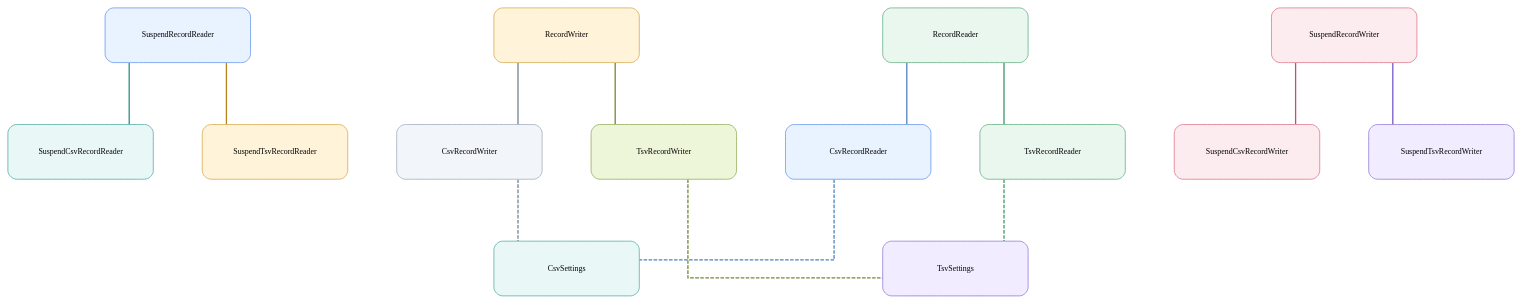
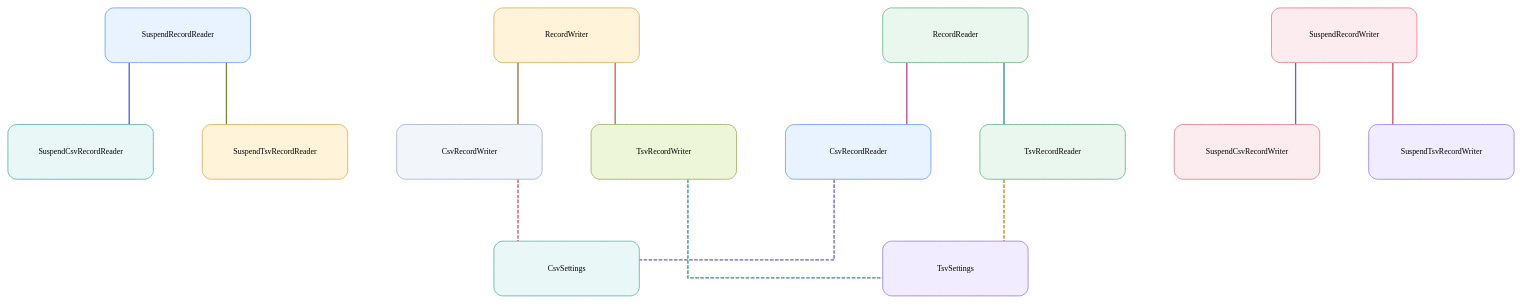
The diagram in docs/images/readme-diagrams/io-csv-diagram-01.dot (bluetape4k/bluetape4k-projects), drawn with Graphviz before and after one commit. The commit also changed 600 other files, not shown here.

First line of the commit message:
Stabilize README diagram regeneration quality

```diff
--- a/docs/images/readme-diagrams/io-csv-diagram-01.dot
+++ b/docs/images/readme-diagrams/io-csv-diagram-01.dot
@@ -1,32 +1,31 @@
 digraph G {
   graph [rankdir=TB, splines=ortho, nodesep=0.95, ranksep=1.2, outputorder=edgesfirst, pack=false, sep="+0.9,0.9"];
   node [shape=box, style="rounded,filled", fontname="Comic Mono", fontsize=11, margin="0.16,0.10", width=2.8, height=1.05];
   edge [fontname="Comic Mono", fontsize=10, arrowsize=0.75, penwidth=1.8];
   SuspendRecordReader [label="SuspendRecordReader", fillcolor="#E8F3FF", color="#5B8DEF"];
   RecordReader [label="RecordReader", fillcolor="#EAF7EF", color="#58A978"];
   CsvSettings [label="CsvSettings", fillcolor="#E9F7F6", color="#45A7A1"];
   RecordWriter [label="RecordWriter", fillcolor="#FFF3D9", color="#D6A441"];
   SuspendRecordWriter [label="SuspendRecordWriter", fillcolor="#FDECEF", color="#DC6B82"];
   TsvSettings [label="TsvSettings", fillcolor="#F1ECFF", color="#8A72D6"];
   TsvRecordWriter [label="TsvRecordWriter", fillcolor="#EEF6D9", color="#8BA84D"];
   CsvRecordWriter [label="CsvRecordWriter", fillcolor="#F2F5F9", color="#9AA8B8"];
   CsvRecordReader [label="CsvRecordReader", fillcolor="#E8F3FF", color="#5B8DEF"];
   TsvRecordReader [label="TsvRecordReader", fillcolor="#EAF7EF", color="#58A978"];
   SuspendCsvRecordReader [label="SuspendCsvRecordReader", fillcolor="#E9F7F6", color="#45A7A1"];
   SuspendTsvRecordReader [label="SuspendTsvRecordReader", fillcolor="#FFF3D9", color="#D6A441"];
   SuspendCsvRecordWriter [label="SuspendCsvRecordWriter", fillcolor="#FDECEF", color="#DC6B82"];
   SuspendTsvRecordWriter [label="SuspendTsvRecordWriter", fillcolor="#F1ECFF", color="#8A72D6"];
-  { rank=source; SuspendRecordReader; RecordReader; RecordWriter; SuspendRecordWriter; }
-  TsvRecordWriter -> TsvSettings [color="#718A35", fontcolor="#718A35", style="dashed", arrowhead="none", weight=2];
-  TsvRecordReader -> TsvSettings [color="#3E9868", fontcolor="#3E9868", style="dashed", arrowhead="none", weight=2];
-  CsvRecordWriter -> CsvSettings [color="#758297", fontcolor="#758297", style="dashed", arrowhead="none", weight=2];
-  CsvRecordReader -> CsvSettings [color="#4F83BF", fontcolor="#4F83BF", style="dashed", arrowhead="none", weight=2];
-  SuspendRecordWriter -> SuspendTsvRecordWriter [color="#755BC6", fontcolor="#755BC6", style="solid", arrowhead="none", weight=10];
-  SuspendRecordWriter -> SuspendCsvRecordWriter [color="#C94D68", fontcolor="#C94D68", style="solid", arrowhead="none", weight=10];
-  SuspendRecordReader -> SuspendTsvRecordReader [color="#B9851B", fontcolor="#B9851B", style="solid", arrowhead="none", weight=10];
-  SuspendRecordReader -> SuspendCsvRecordReader [color="#2E8F89", fontcolor="#2E8F89", style="solid", arrowhead="none", weight=10];
-  RecordWriter -> TsvRecordWriter [color="#718A35", fontcolor="#718A35", style="solid", arrowhead="none", weight=10];
-  RecordWriter -> CsvRecordWriter [color="#758297", fontcolor="#758297", style="solid", arrowhead="none", weight=10];
-  RecordReader -> TsvRecordReader [color="#3E9868", fontcolor="#3E9868", style="solid", arrowhead="none", weight=10];
-  RecordReader -> CsvRecordReader [color="#4F83BF", fontcolor="#4F83BF", style="solid", arrowhead="none", weight=10];
+  TsvRecordWriter -> TsvSettings [color="#2E8F89", fontcolor="#2E8F89", style="dashed", arrowhead="none", weight=2];
+  TsvRecordReader -> TsvSettings [color="#B9851B", fontcolor="#B9851B", style="dashed", arrowhead="none", weight=2];
+  CsvRecordWriter -> CsvSettings [color="#C94D68", fontcolor="#C94D68", style="dashed", arrowhead="none", weight=2];
+  CsvRecordReader -> CsvSettings [color="#755BC6", fontcolor="#755BC6", style="dashed", arrowhead="none", weight=2];
+  SuspendRecordWriter -> SuspendTsvRecordWriter [color="#C94D68", fontcolor="#C94D68", style="solid", arrowhead="none", weight=10];
+  SuspendRecordWriter -> SuspendCsvRecordWriter [color="#755BC6", fontcolor="#755BC6", style="solid", arrowhead="none", weight=10];
+  SuspendRecordReader -> SuspendTsvRecordReader [color="#718A35", fontcolor="#718A35", style="solid", arrowhead="none", weight=10];
+  SuspendRecordReader -> SuspendCsvRecordReader [color="#4F63C7", fontcolor="#4F63C7", style="solid", arrowhead="none", weight=10];
+  RecordWriter -> TsvRecordWriter [color="#C8644B", fontcolor="#C8644B", style="solid", arrowhead="none", weight=10];
+  RecordWriter -> CsvRecordWriter [color="#8E6D43", fontcolor="#8E6D43", style="solid", arrowhead="none", weight=10];
+  RecordReader -> TsvRecordReader [color="#2E83B8", fontcolor="#2E83B8", style="solid", arrowhead="none", weight=10];
+  RecordReader -> CsvRecordReader [color="#A84B98", fontcolor="#A84B98", style="solid", arrowhead="none", weight=10];
 }
```
